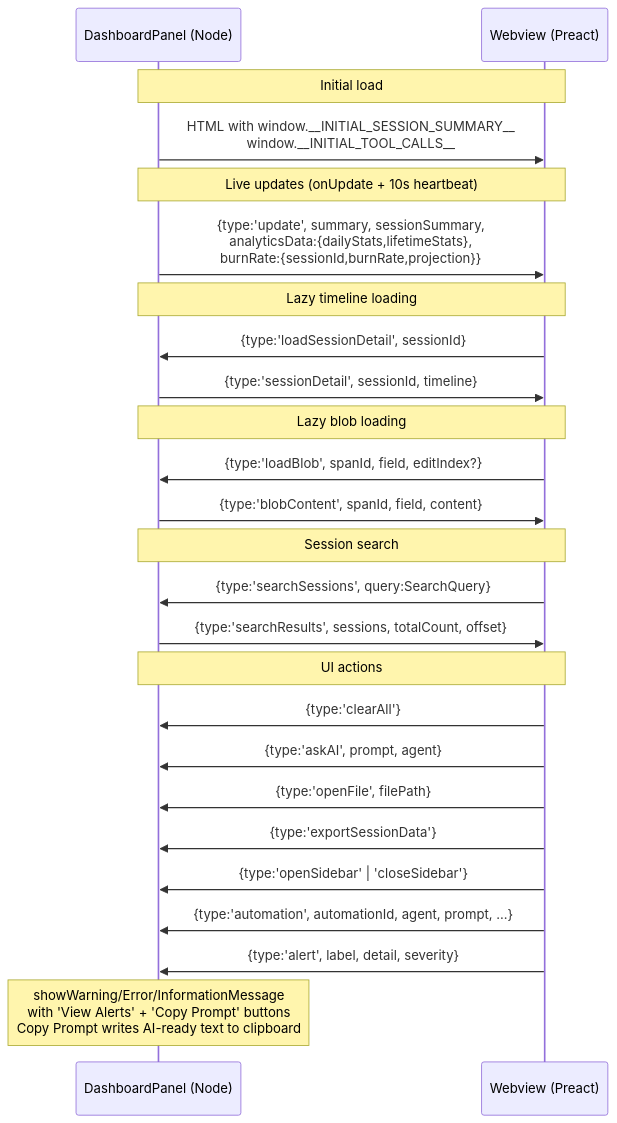
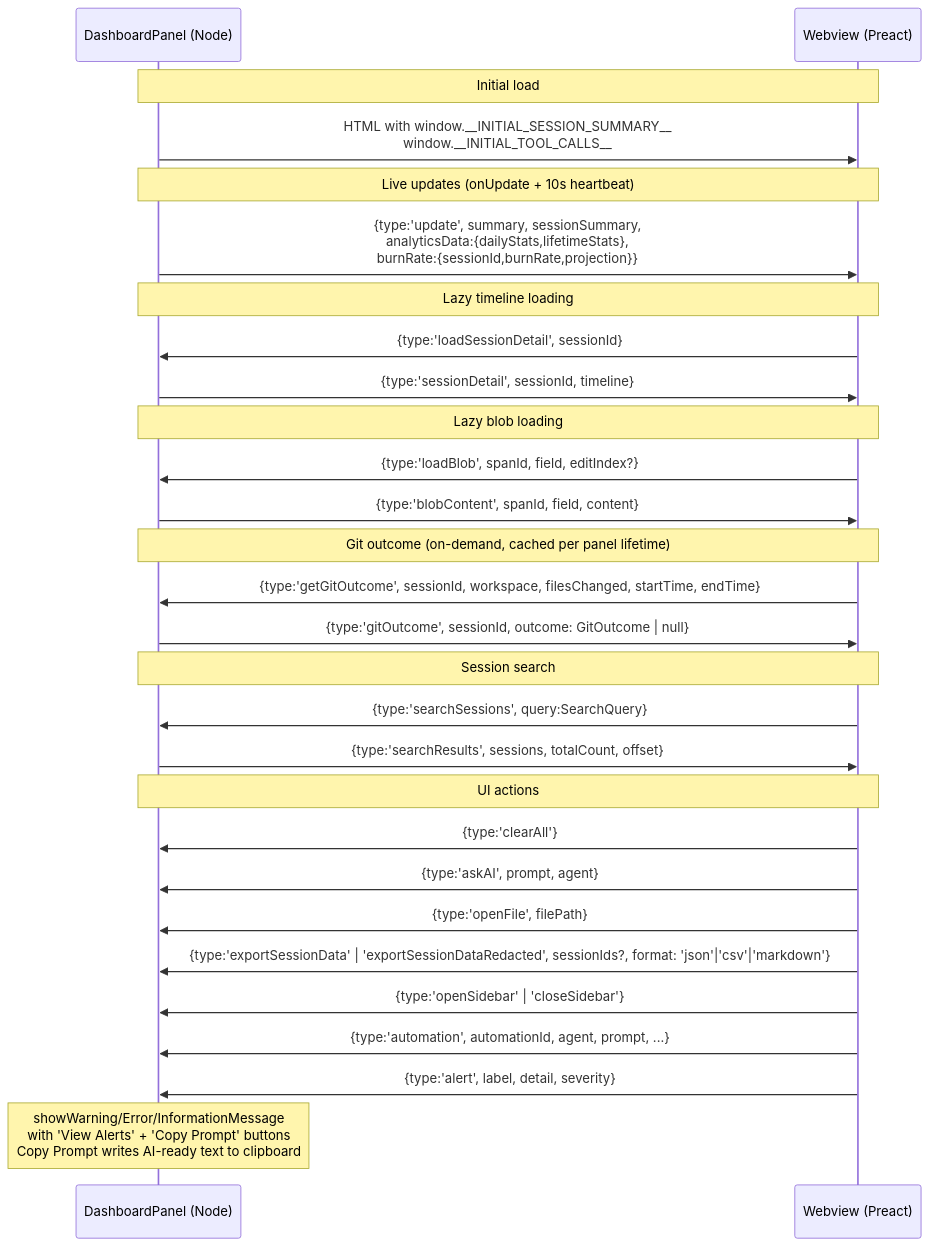
Diagram 15 of 19 in ARCHITECTURE.md (RogerReed/agentlens), drawn with Mermaid before and after one commit. The commit also changed other lines of this file, not shown here.

First line of the commit message:
docs: bring ARCHITECTURE.md in line with current codebase (#179)

````diff
--- a/ARCHITECTURE.md
+++ b/ARCHITECTURE.md
@@ -780,33 +823,37 @@
 ```mermaid
 sequenceDiagram
     participant EXT as DashboardPanel (Node)
     participant WV  as Webview (Preact)
 
     Note over EXT,WV: Initial load
     EXT->>WV: HTML with window.__INITIAL_SESSION_SUMMARY__<br/>window.__INITIAL_TOOL_CALLS__
 
     Note over EXT,WV: Live updates (onUpdate + 10s heartbeat)
     EXT->>WV: {type:'update', summary, sessionSummary,<br/>analyticsData:{dailyStats,lifetimeStats},<br/>burnRate:{sessionId,burnRate,projection}}
 
     Note over EXT,WV: Lazy timeline loading
     WV->>EXT: {type:'loadSessionDetail', sessionId}
     EXT->>WV: {type:'sessionDetail', sessionId, timeline}
 
     Note over EXT,WV: Lazy blob loading
     WV->>EXT: {type:'loadBlob', spanId, field, editIndex?}
     EXT->>WV: {type:'blobContent', spanId, field, content}
 
+    Note over EXT,WV: Git outcome (on-demand, cached per panel lifetime)
+    WV->>EXT: {type:'getGitOutcome', sessionId, workspace, filesChanged, startTime, endTime}
+    EXT->>WV: {type:'gitOutcome', sessionId, outcome: GitOutcome | null}
+
     Note over EXT,WV: Session search
     WV->>EXT: {type:'searchSessions', query:SearchQuery}
     EXT->>WV: {type:'searchResults', sessions, totalCount, offset}
 
     Note over EXT,WV: UI actions
     WV->>EXT: {type:'clearAll'}
     WV->>EXT: {type:'askAI', prompt, agent}
     WV->>EXT: {type:'openFile', filePath}
-    WV->>EXT: {type:'exportSessionData'}
+    WV->>EXT: {type:'exportSessionData' | 'exportSessionDataRedacted', sessionIds?, format: 'json'|'csv'|'markdown'}
     WV->>EXT: {type:'openSidebar' | 'closeSidebar'}
     WV->>EXT: {type:'automation', automationId, agent, prompt, ...}
     WV->>EXT: {type:'alert', label, detail, severity}
     Note over EXT: showWarning/Error/InformationMessage<br/>with 'View Alerts' + 'Copy Prompt' buttons<br/>Copy Prompt writes AI-ready text to clipboard
 ```
````
